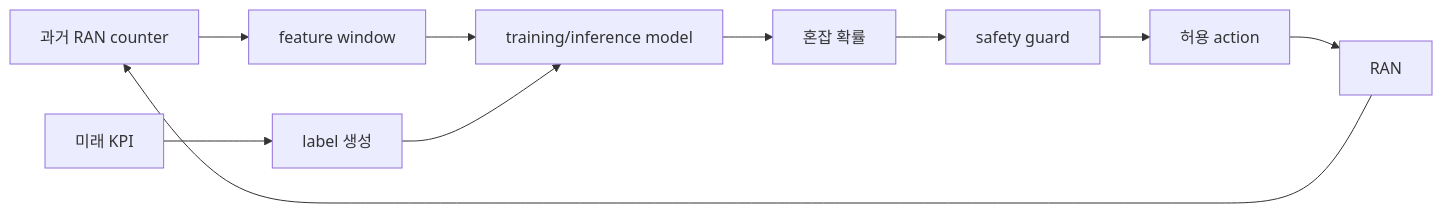
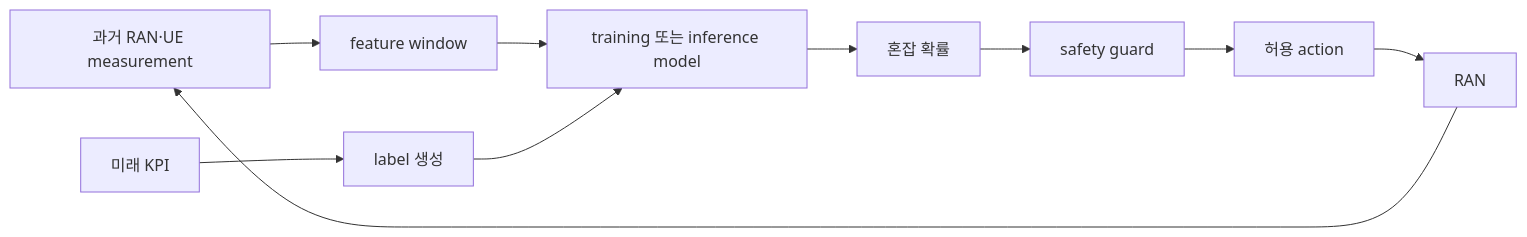
Before and after one commit to mj006648/netai-devsecops-runbook: the diagram in learning/wireless-communications/15-ai-for-ran-data-training-control.md, drawn with Mermaid. The commit also changed other lines of this file and 24 other files, not shown here.

````diff
--- a/learning/wireless-communications/15-ai-for-ran-data-training-control.md
+++ b/learning/wireless-communications/15-ai-for-ran-data-training-control.md
@@ -158,12 +106,12 @@
 ```mermaid
 flowchart LR
-    D[과거 RAN counter] --> F[feature window]
-    F --> M[training/inference model]
+    D[과거 RAN·UE measurement] --> F[feature window]
+    F --> M[training 또는 inference model]
     Y[미래 KPI] --> L[label 생성]
     L --> M
     M --> P[혼잡 확률]
     P --> G[safety guard]
     G --> A[허용 action]
     A --> R[RAN]
     R --> D
 ```
````
